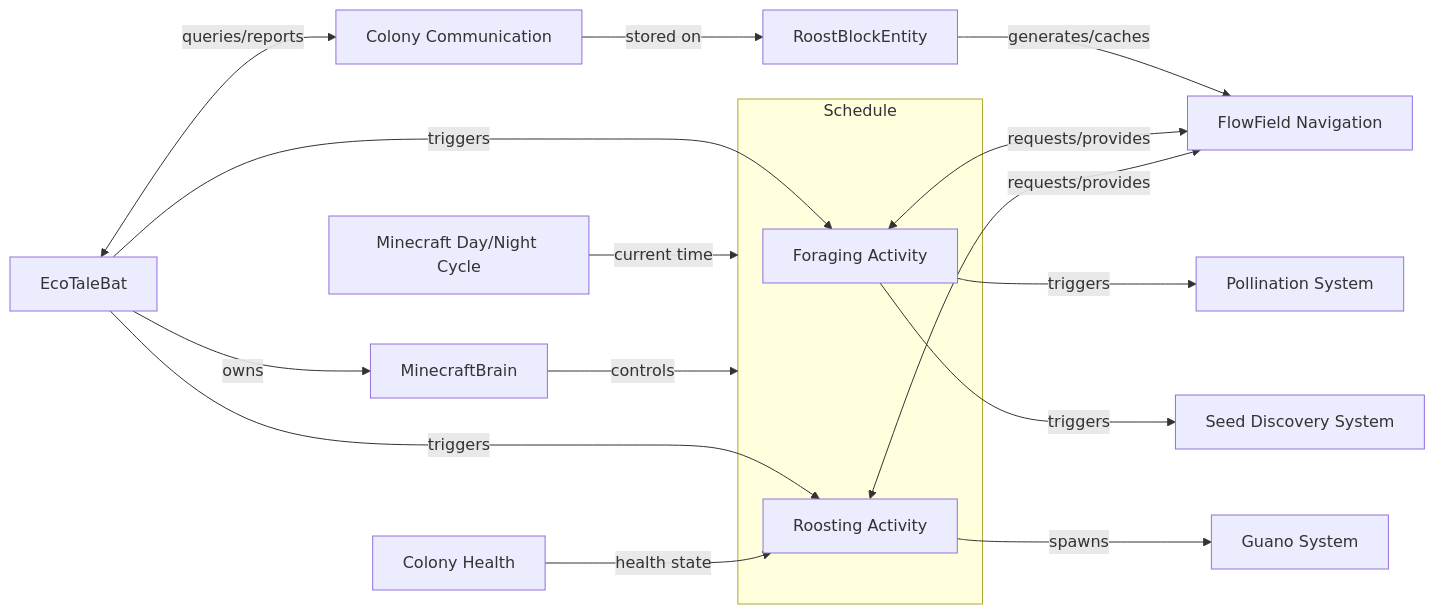
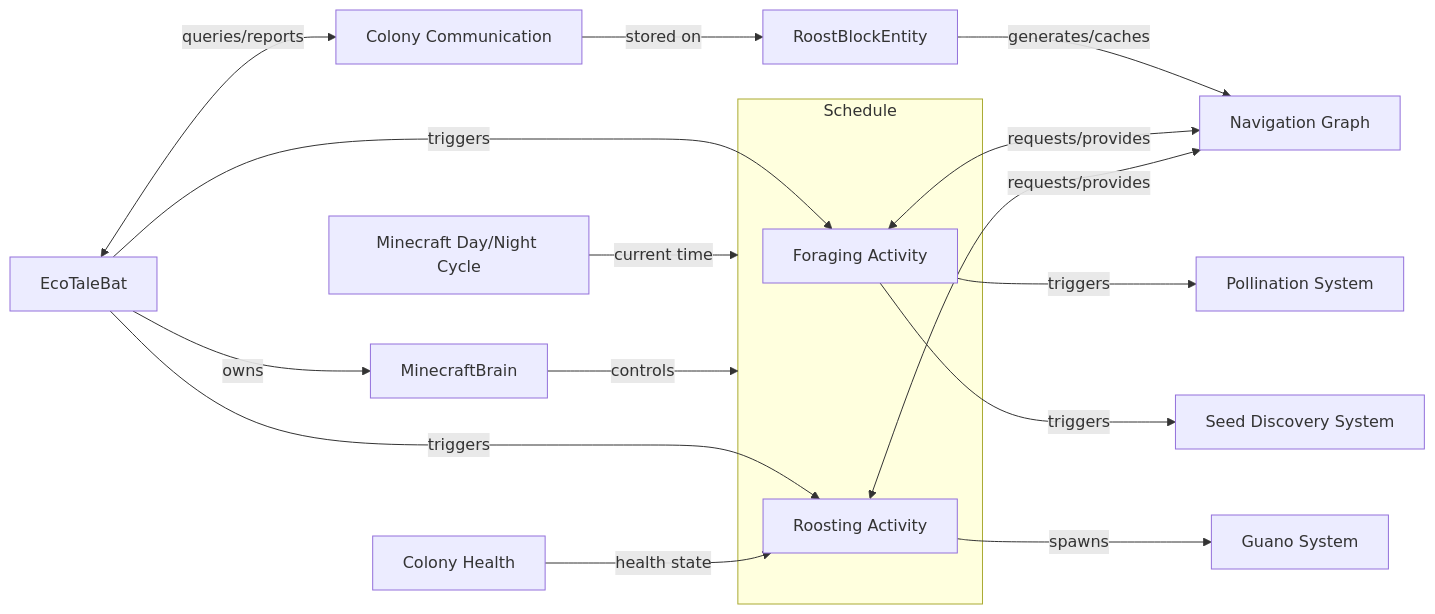
One commit to SoSly/EcoTale changed the diagram in docs/mobs/bats/AI Behavior Architecture.md. Above: the diagram before and after it, drawn with Mermaid. The commit also changed other lines of this file and 3 other files, not shown here.

First line of the commit message:
docs: add Navigation Graph specification and build plan

````diff
--- a/docs/mobs/bats/AI Behavior Architecture.md
+++ b/docs/mobs/bats/AI Behavior Architecture.md
@@ -13,44 +13,44 @@
 ```mermaid
 flowchart LR
     RoostBlockEntity
     EcoTaleBat
     Brain["MinecraftBrain"]
     MinecraftDayCycle["Minecraft Day/Night Cycle"]
 
-    FlowFieldNavigation["FlowField Navigation"]
+    NavigationGraph["Navigation Graph"]
     ColonyComms["Colony Communication"]
 
     PollinationSystem["Pollination System"]
     SeedDiscovery["Seed Discovery System"]
     GuanoSystem["Guano System"]
     ColonyHealth["Colony Health"]
 
-    %% FlowField Navigation
-    RoostBlockEntity -->|"generates/caches"| FlowFieldNavigation
+    %% Navigation Graph
+    RoostBlockEntity -->|"generates/caches"| NavigationGraph
 
     %% Daily Cycle
     MinecraftDayCycle -->|"current time"| Schedule
     EcoTaleBat -->|"owns"| Brain
     Brain -->|"controls"| Schedule
 
     subgraph Schedule
         ForagingActivity["Foraging Activity"]
         RoostingActivity["Roosting Activity"]
     end
 
     %% Foraging Activity
     EcoTaleBat -->|"triggers"| ForagingActivity
-    ForagingActivity <-->|"requests/provides"| FlowFieldNavigation
+    ForagingActivity <-->|"requests/provides"| NavigationGraph
     ForagingActivity -->|"triggers"| PollinationSystem
     ForagingActivity -->|"triggers"| SeedDiscovery
 
     %% Roosting Activity
     EcoTaleBat -->|"triggers"| RoostingActivity
-    RoostingActivity <-->|"requests/provides"| FlowFieldNavigation
+    RoostingActivity <-->|"requests/provides"| NavigationGraph
     RoostingActivity -->|"spawns"| GuanoSystem
     ColonyHealth -->|"health state"| RoostingActivity
 
     %% Colony Communication
     EcoTaleBat <-->|"queries/reports"| ColonyComms
     ColonyComms -->|"stored on"| RoostBlockEntity
 ```
````
